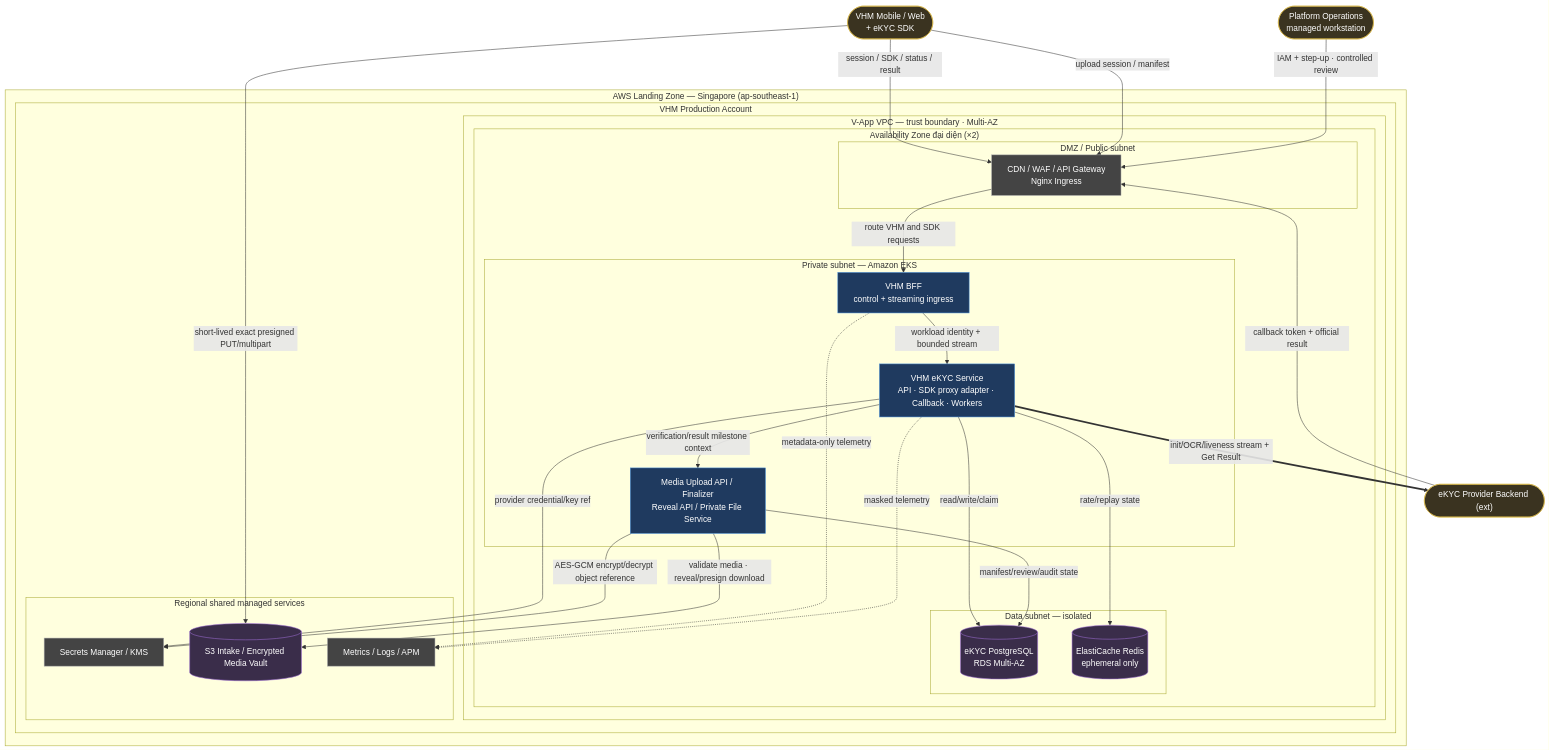
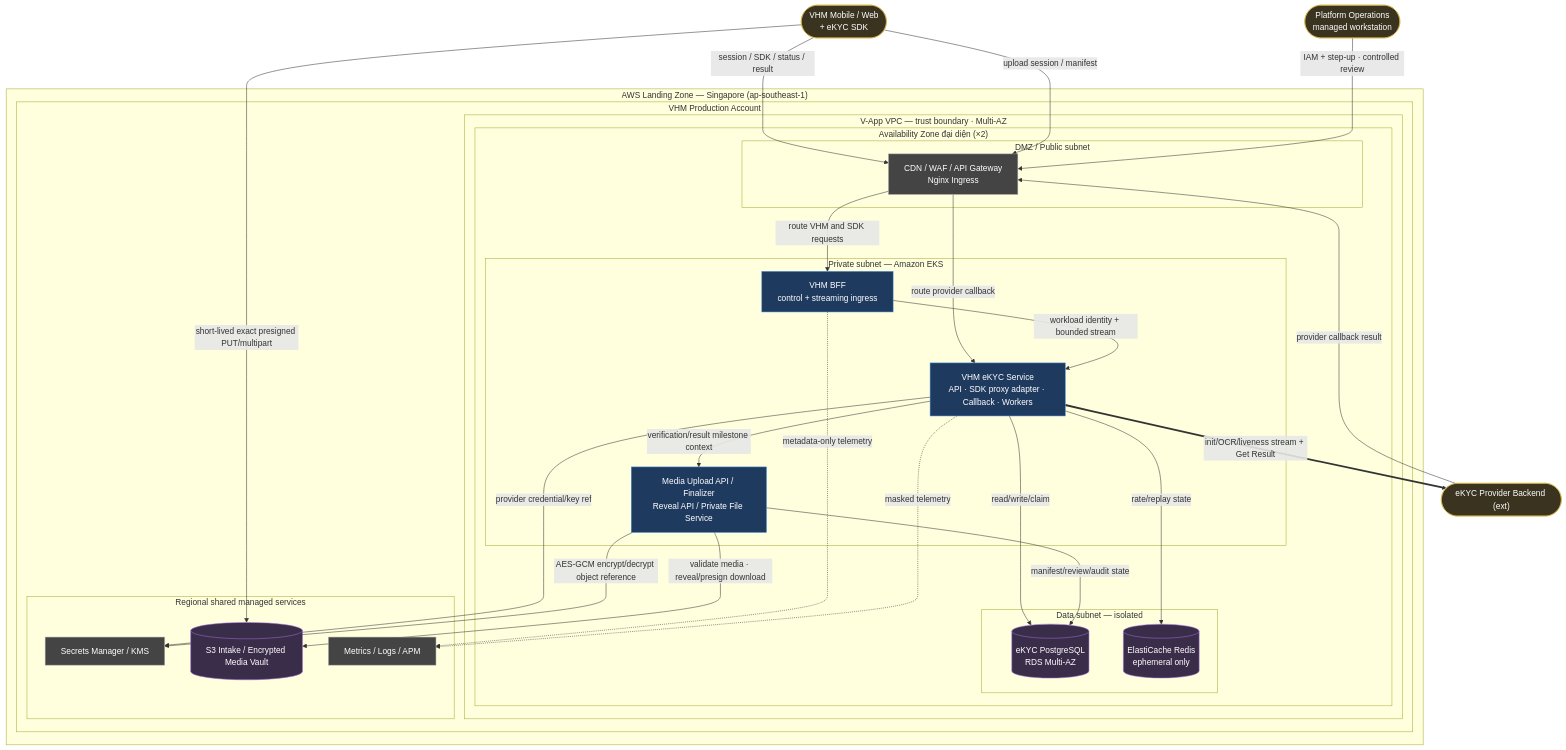
Before and after one commit to huynv-xyz/vhm: diagram 18 of 19 in tdd2.md, drawn with Mermaid. The commit also changed other lines of this file, not shown here.

````diff
--- a/tdd2.md
+++ b/tdd2.md
@@ -1474,55 +1465,56 @@
 ```mermaid
 flowchart TB
     CLIENT(["VHM Mobile / Web<br/>+ eKYC SDK"]):::entity
     OPERATIONS(["Platform Operations<br/>managed workstation"]):::entity
     PROVIDER(["eKYC Provider Backend (ext)"]):::entity
 
     subgraph LZ["AWS Landing Zone — Singapore (ap-southeast-1)"]
         subgraph ACCOUNT["VHM Production Account"]
             subgraph VPC["V-App VPC — trust boundary · Multi-AZ"]
                 subgraph AZ["Availability Zone đại diện (×2)"]
                     subgraph EDGE["DMZ / Public subnet"]
                         GATEWAY["CDN / WAF / API Gateway<br/>Nginx Ingress"]:::infra
                     end
                     subgraph APPZONE["Private subnet — Amazon EKS"]
                         BFF["VHM BFF<br/>control + streaming ingress"]:::bc
                         EKYC_SERVICE["VHM eKYC Service<br/>API · SDK proxy adapter · Callback · Workers"]:::bc
                         MEDIA_WORKLOAD["Media Upload API / Finalizer<br/>Reveal API / Private File Service"]:::bc
                     end
                     subgraph DATAZONE["Data subnet — isolated"]
                         RDS[("eKYC PostgreSQL<br/>RDS Multi-AZ")]:::datastore
                         REDIS[("ElastiCache Redis<br/>ephemeral only")]:::datastore
                     end
                 end
             end
             subgraph SHARED["Regional shared managed services"]
                 SECRET["Secrets Manager / KMS"]:::infra
                 S3[("S3 Intake / Encrypted Media Vault")]:::datastore
                 OBS["Metrics / Logs / APM"]:::infra
             end
         end
     end
 
     CLIENT -->|session / SDK / status / result| GATEWAY
     CLIENT -->|upload session / manifest| GATEWAY
     OPERATIONS -->|IAM + step-up · controlled review| GATEWAY
     CLIENT -->|short-lived exact presigned PUT/multipart| S3
-    PROVIDER -->|callback token + official result| GATEWAY
+    PROVIDER -->|provider callback result| GATEWAY
     GATEWAY -->|route VHM and SDK requests| BFF
+    GATEWAY -->|route provider callback| EKYC_SERVICE
     BFF -->|workload identity + bounded stream| EKYC_SERVICE
     EKYC_SERVICE -->|read/write/claim| RDS
     EKYC_SERVICE -->|rate/replay state| REDIS
     EKYC_SERVICE -->|provider credential/key ref| SECRET
     EKYC_SERVICE -->|verification/result milestone context| MEDIA_WORKLOAD
     MEDIA_WORKLOAD -->|validate media · reveal/presign download| S3
     MEDIA_WORKLOAD -->|AES-GCM encrypt/decrypt object reference| SECRET
     MEDIA_WORKLOAD -->|manifest/review/audit state| RDS
     BFF -.->|metadata-only telemetry| OBS
     EKYC_SERVICE -.->|masked telemetry| OBS
     EKYC_SERVICE ==>|init/OCR/liveness stream + Get Result| PROVIDER
 
     classDef bc fill:#1f3a5f,stroke:#4a90d9,color:#fff;
     classDef entity fill:#3a3320,stroke:#d9b84a,color:#fff;
     classDef datastore fill:#3a2d4a,stroke:#a06fd9,color:#fff;
     classDef infra fill:#444,stroke:#aaa,color:#fff;
 ```
````
